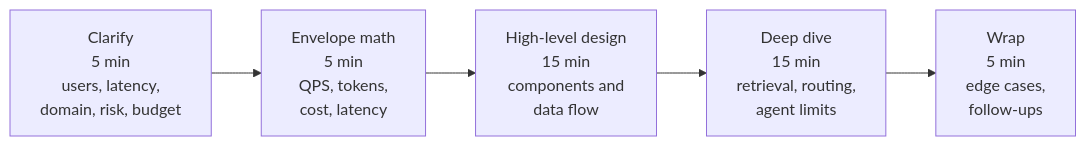
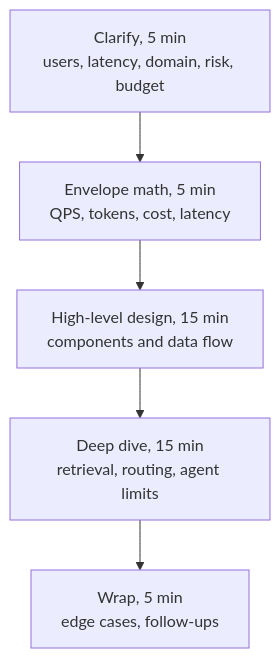
Before and after one commit to hrushik98/hrushik.com: the first of 7 diagrams in content/blog/ai-system-design-interviews-2026.md, drawn with Mermaid. The commit also changed other lines of this file, not shown here.

Commit message:
content: switch two AI-interview diagrams to top-down layout
The 45-minute budget and the agent loop were flowchart LR with
multi-line nodes, which shrank small in the ~530px blog column.
Top-down matches the other diagrams and renders at a legible size.

Claude-Session: https://claude.ai/code/session_012Ua5Ht5GEavtx6TBAb3bkx

````diff
--- a/content/blog/ai-system-design-interviews-2026.md
+++ b/content/blog/ai-system-design-interviews-2026.md
@@ -55,7 +55,7 @@
 ```mermaid
-flowchart LR
-    A["Clarify<br/>5 min<br/>users, latency,<br/>domain, risk, budget"] --> B["Envelope math<br/>5 min<br/>QPS, tokens,<br/>cost, latency"]
-    B --> C["High-level design<br/>15 min<br/>components and<br/>data flow"]
-    C --> D["Deep dive<br/>15 min<br/>retrieval, routing,<br/>agent limits"]
-    D --> E["Wrap<br/>5 min<br/>edge cases,<br/>follow-ups"]
+flowchart TD
+    A["Clarify, 5 min<br/>users, latency, domain, risk, budget"] --> B["Envelope math, 5 min<br/>QPS, tokens, cost, latency"]
+    B --> C["High-level design, 15 min<br/>components and data flow"]
+    C --> D["Deep dive, 15 min<br/>retrieval, routing, agent limits"]
+    D --> E["Wrap, 5 min<br/>edge cases, follow-ups"]
 ```
````
